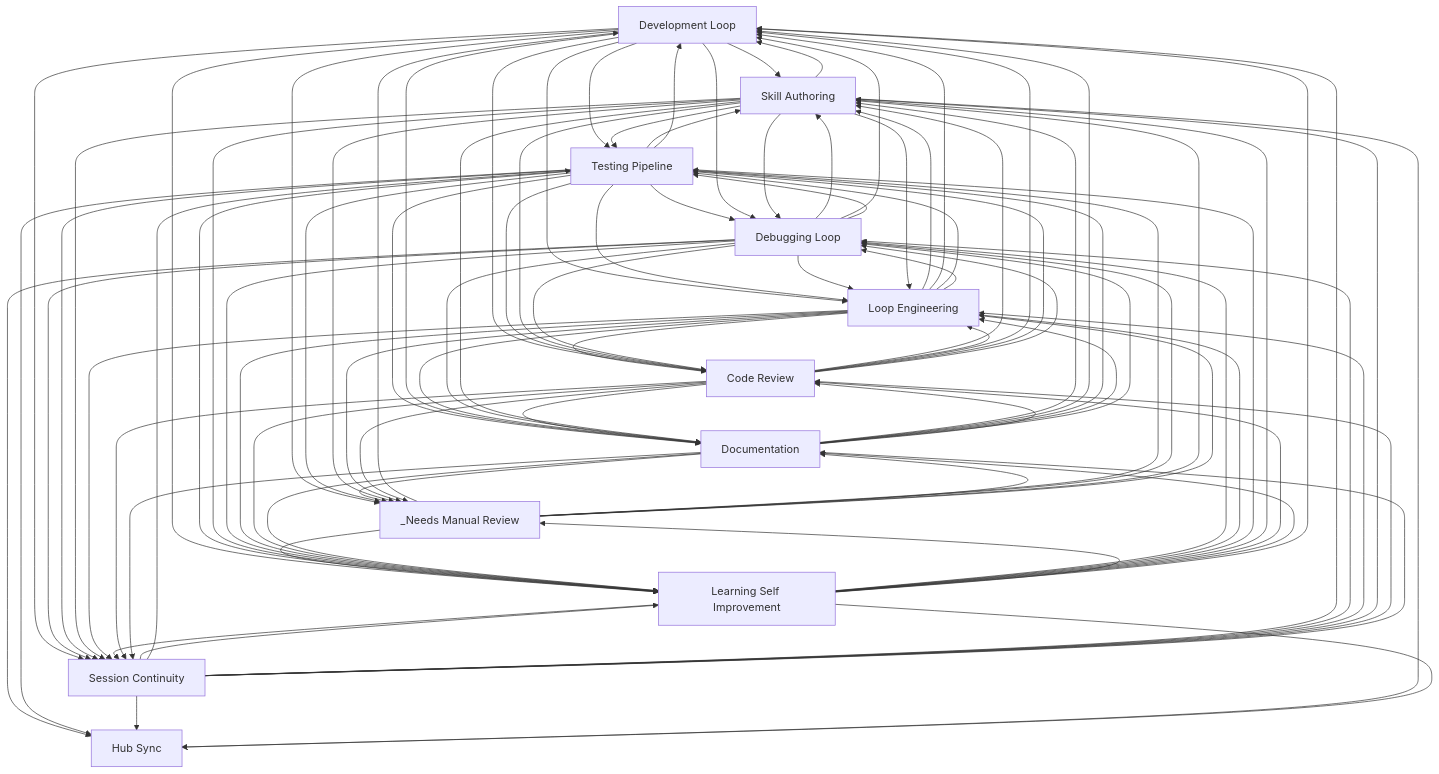
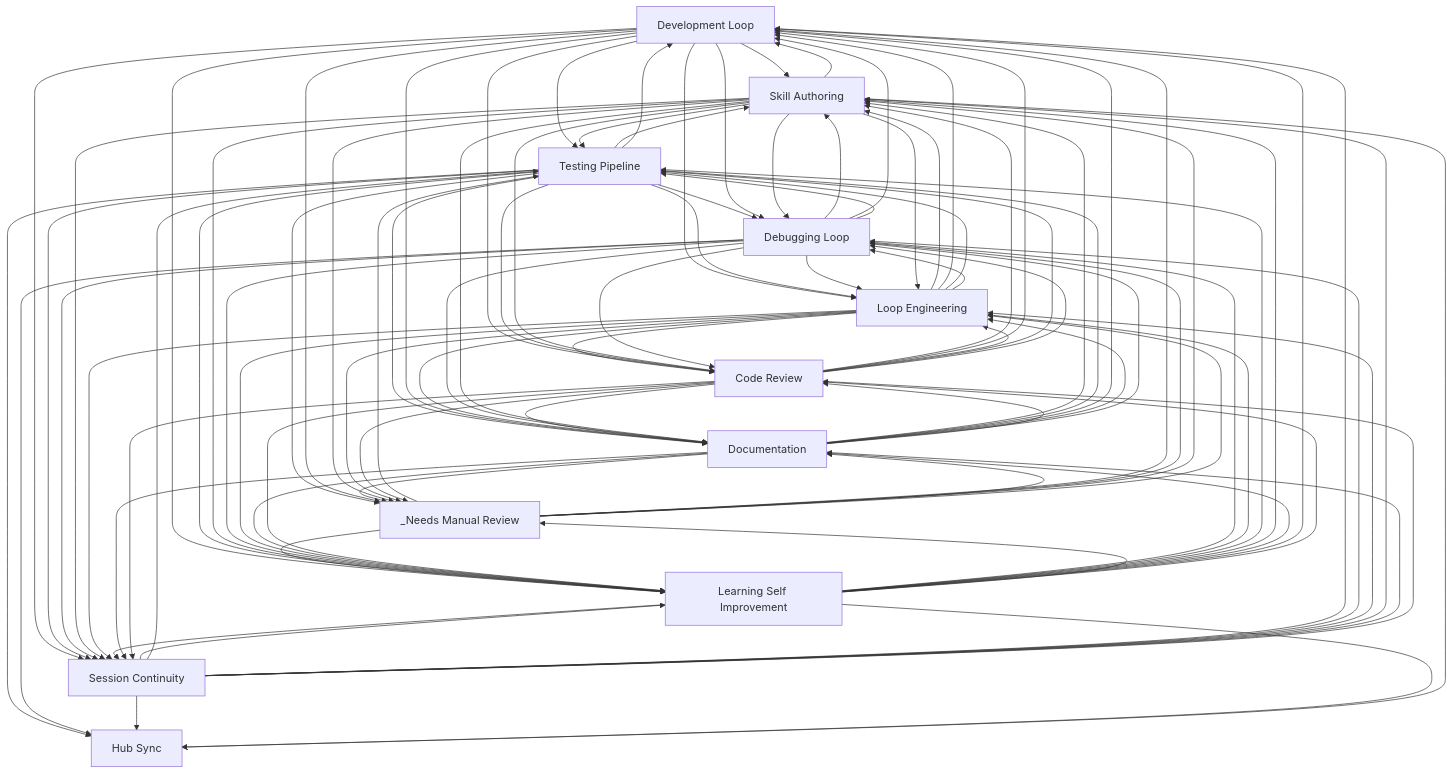
One commit to abhayla/claude-best-practices changed the diagram in docs/workflows/INDEX.md. Above: the diagram before and after it, drawn with Mermaid. The commit also changed other lines of this file and 13 other files, not shown here.

````diff
--- a/docs/workflows/INDEX.md
+++ b/docs/workflows/INDEX.md
@@ -33,56 +33,56 @@
     documentation[Documentation]
     hub_sync[Hub Sync]
     _needs_manual_review[_Needs Manual Review]
-    code_review --> skill_authoring
-    code_review --> loop_engineering
-    code_review --> development_loop
-    code_review --> testing_pipeline
     loop_engineering --> skill_authoring
-    loop_engineering --> code_review
     loop_engineering --> development_loop
     loop_engineering --> testing_pipeline
+    loop_engineering --> code_review
     development_loop --> skill_authoring
-    development_loop --> code_review
     development_loop --> loop_engineering
     development_loop --> testing_pipeline
+    development_loop --> code_review
+    code_review --> skill_authoring
+    code_review --> development_loop
+    code_review --> loop_engineering
+    code_review --> testing_pipeline
     skill_authoring --> testing_pipeline
     testing_pipeline --> skill_authoring
+    _needs_manual_review --> testing_pipeline
     _needs_manual_review --> development_loop
-    _needs_manual_review --> testing_pipeline
     testing_pipeline --> development_loop
     testing_pipeline --> debugging_loop
     testing_pipeline --> loop_engineering
+    testing_pipeline --> documentation
     testing_pipeline --> code_review
-    testing_pipeline --> documentation
     debugging_loop --> skill_authoring
+    debugging_loop --> development_loop
     debugging_loop --> loop_engineering
-    debugging_loop --> development_loop
     debugging_loop --> testing_pipeline
     development_loop --> debugging_loop
     development_loop --> documentation
     loop_engineering --> documentation
-    skill_authoring --> code_review
     skill_authoring --> loop_engineering
     skill_authoring --> development_loop
+    skill_authoring --> code_review
     documentation --> skill_authoring
+    documentation --> testing_pipeline
     documentation --> development_loop
-    documentation --> testing_pipeline
+    testing_pipeline --> _needs_manual_review
     development_loop --> _needs_manual_review
-    testing_pipeline --> _needs_manual_review
     code_review --> documentation
     session_continuity --> learning_self_improvement
     session_continuity --> testing_pipeline
+    development_loop --> learning_self_improvement
     development_loop --> session_continuity
-    development_loop --> learning_self_improvement
     _needs_manual_review --> learning_self_improvement
     testing_pipeline --> learning_self_improvement
     loop_engineering --> debugging_loop
+    testing_pipeline --> session_continuity
+    testing_pipeline --> hub_sync
+    debugging_loop --> session_continuity
     debugging_loop --> hub_sync
-    debugging_loop --> session_continuity
-    testing_pipeline --> hub_sync
-    testing_pipeline --> session_continuity
+    debugging_loop --> documentation
     debugging_loop --> code_review
-    debugging_loop --> documentation
     skill_authoring --> session_continuity
     session_continuity --> development_loop
     skill_authoring --> learning_self_improvement
@@ -93,35 +93,35 @@
     _needs_manual_review --> debugging_loop
     debugging_loop --> learning_self_improvement
     skill_authoring --> documentation
+    _needs_manual_review --> skill_authoring
     _needs_manual_review --> documentation
-    _needs_manual_review --> skill_authoring
     documentation --> _needs_manual_review
+    learning_self_improvement --> debugging_loop
     learning_self_improvement --> session_continuity
-    learning_self_improvement --> debugging_loop
     learning_self_improvement --> loop_engineering
     learning_self_improvement --> testing_pipeline
     learning_self_improvement --> skill_authoring
-    learning_self_improvement --> code_review
     learning_self_improvement --> documentation
     learning_self_improvement --> development_loop
+    learning_self_improvement --> code_review
     skill_authoring --> _needs_manual_review
     session_continuity --> skill_authoring
     session_continuity --> hub_sync
+    session_continuity --> documentation
     session_continuity --> code_review
-    session_continuity --> documentation
     learning_self_improvement --> _needs_manual_review
+    learning_self_improvement --> hub_sync
     skill_authoring --> hub_sync
-    learning_self_improvement --> hub_sync
     _needs_manual_review --> loop_engineering
     loop_engineering --> learning_self_improvement
     loop_engineering --> _needs_manual_review
-    code_review --> debugging_loop
     documentation --> loop_engineering
     documentation --> debugging_loop
+    code_review --> debugging_loop
     documentation --> code_review
+    documentation --> session_continuity
+    documentation --> learning_self_improvement
     code_review --> session_continuity
     code_review --> learning_self_improvement
-    documentation --> session_continuity
-    documentation --> learning_self_improvement
     code_review --> _needs_manual_review
 ```
````
